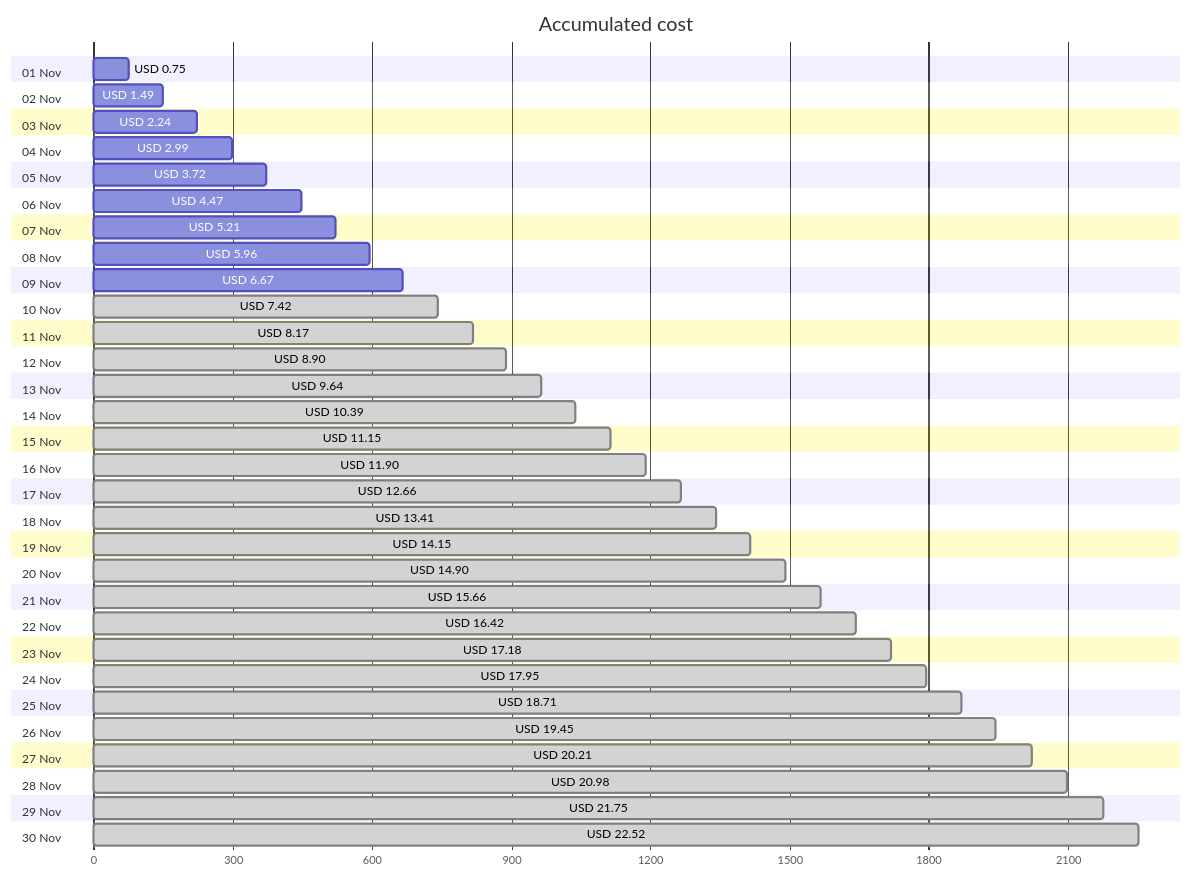
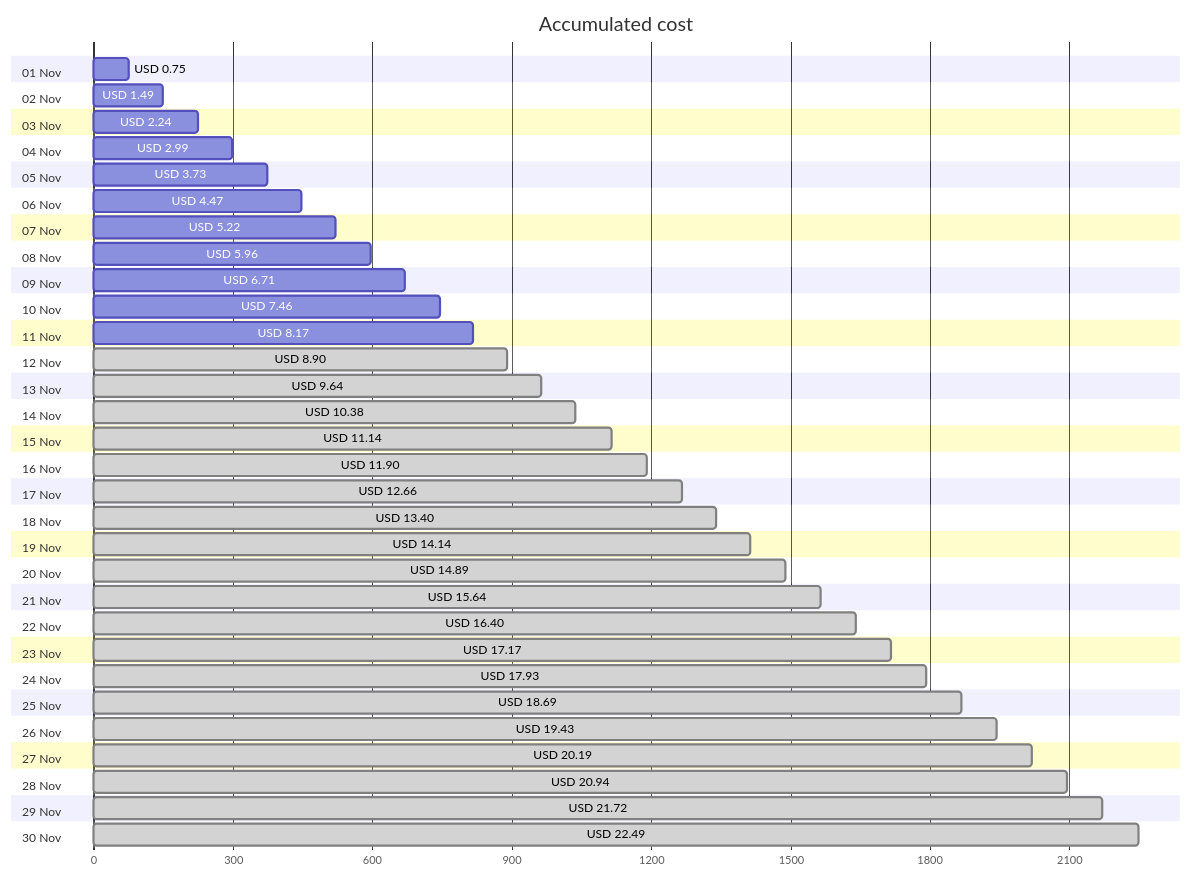
The first of 4 diagrams in cost-reports/personal-network/backup-server-data-disk.md (jpfulton/azure-personal-reports), drawn with Mermaid before and after one commit. The commit also changed other lines of this file and 8 other files, not shown here.

````diff
--- a/cost-reports/personal-network/backup-server-data-disk.md
+++ b/cost-reports/personal-network/backup-server-data-disk.md
@@ -20,66 +20,66 @@
 ```mermaid
 gantt
    title Accumulated cost
    dateFormat  X
    axisFormat %s
    section 01 Nov
    USD 0.75 :0, 75
    section 02 Nov
    USD 1.49 :0, 149
    section 03 Nov
    USD 2.24 :0, 224
    section 04 Nov
    USD 2.99 :0, 299
    section 05 Nov
-   USD 3.72 :0, 372
+   USD 3.73 :0, 373
    section 06 Nov
    USD 4.47 :0, 447
    section 07 Nov
-   USD 5.21 :0, 521
+   USD 5.22 :0, 522
    section 08 Nov
    USD 5.96 :0, 596
    section 09 Nov
-   USD 6.67 :0, 667
+   USD 6.71 :0, 671
    section 10 Nov
-   USD 7.42 : done, 0, 742
+   USD 7.46 :0, 746
    section 11 Nov
-   USD 8.17 : done, 0, 817
+   USD 8.17 :0, 817
    section 12 Nov
    USD 8.90 : done, 0, 890
    section 13 Nov
    USD 9.64 : done, 0, 964
    section 14 Nov
-   USD 10.39 : done, 0, 1039
+   USD 10.38 : done, 0, 1038
    section 15 Nov
-   USD 11.15 : done, 0, 1115
+   USD 11.14 : done, 0, 1114
    section 16 Nov
    USD 11.90 : done, 0, 1190
    section 17 Nov
    USD 12.66 : done, 0, 1266
    section 18 Nov
-   USD 13.41 : done, 0, 1341
+   USD 13.40 : done, 0, 1340
    section 19 Nov
-   USD 14.15 : done, 0, 1415
+   USD 14.14 : done, 0, 1414
    section 20 Nov
-   USD 14.90 : done, 0, 1490
+   USD 14.89 : done, 0, 1489
    section 21 Nov
-   USD 15.66 : done, 0, 1566
+   USD 15.64 : done, 0, 1564
    section 22 Nov
-   USD 16.42 : done, 0, 1642
+   USD 16.40 : done, 0, 1640
    section 23 Nov
-   USD 17.18 : done, 0, 1718
+   USD 17.17 : done, 0, 1717
    section 24 Nov
-   USD 17.95 : done, 0, 1795
+   USD 17.93 : done, 0, 1793
    section 25 Nov
-   USD 18.71 : done, 0, 1871
+   USD 18.69 : done, 0, 1869
    section 26 Nov
-   USD 19.45 : done, 0, 1945
+   USD 19.43 : done, 0, 1943
    section 27 Nov
-   USD 20.21 : done, 0, 2021
+   USD 20.19 : done, 0, 2019
    section 28 Nov
-   USD 20.98 : done, 0, 2098
+   USD 20.94 : done, 0, 2094
    section 29 Nov
-   USD 21.75 : done, 0, 2175
+   USD 21.72 : done, 0, 2172
    section 30 Nov
-   USD 22.52 : done, 0, 2252
+   USD 22.49 : done, 0, 2249
 ```
````
